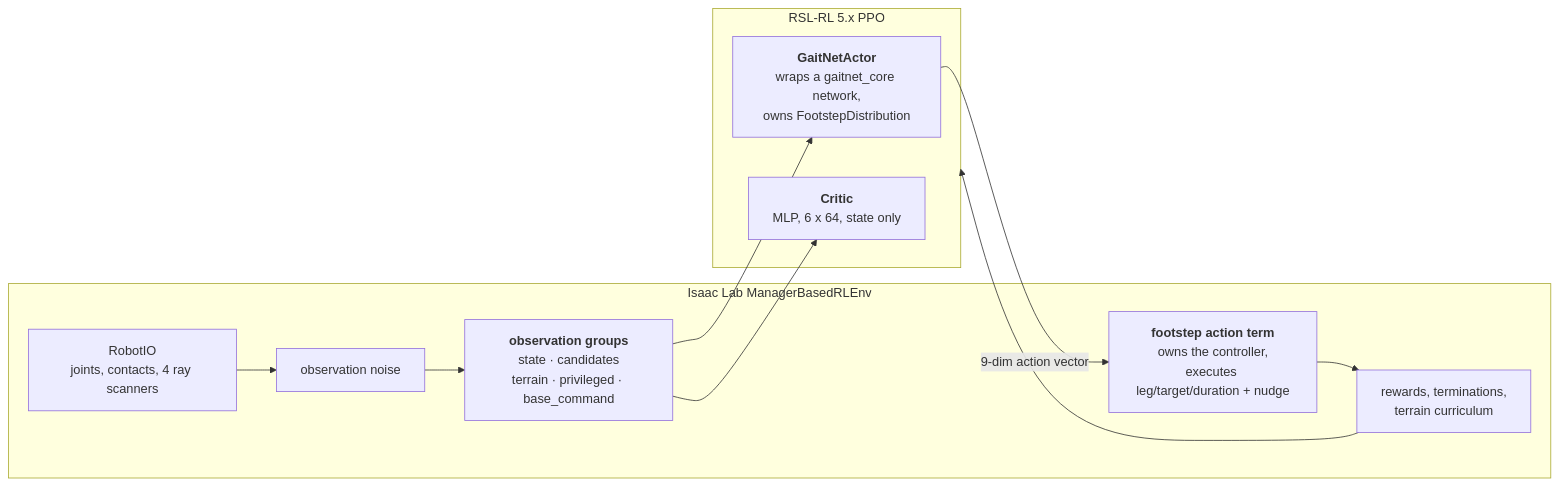
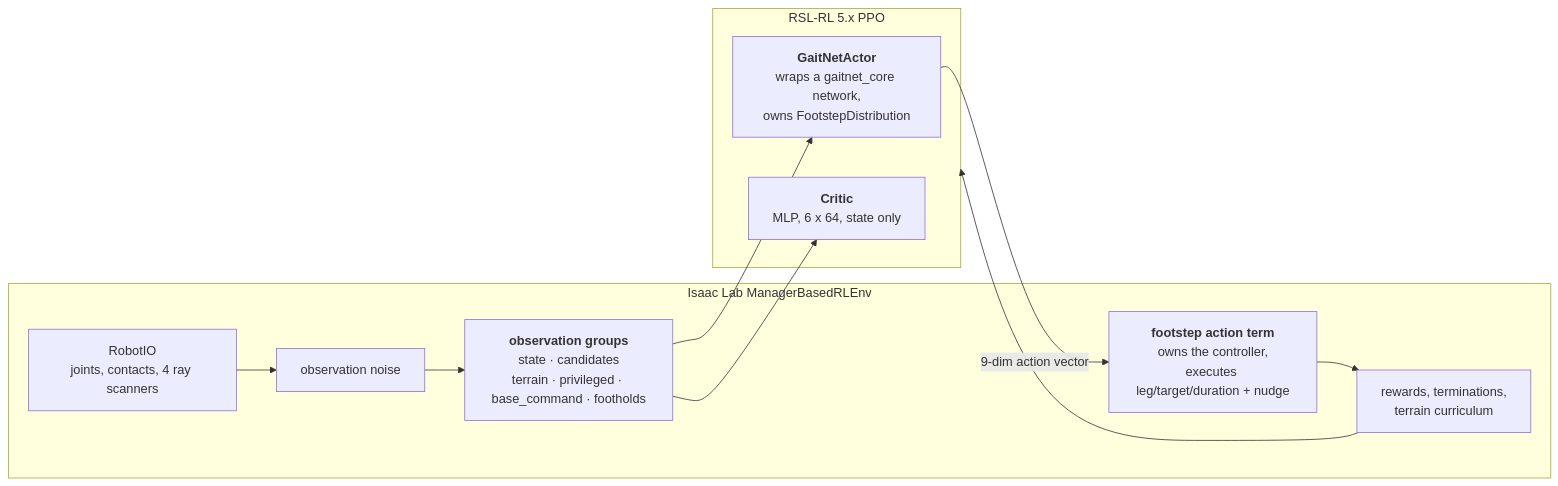
Before and after one commit to opsullivan85/gaitnet: the third of 5 diagrams in ARCHITECTURE.md, drawn with Mermaid. The commit also changed other lines of this file and 9 other files, not shown here.

````diff
--- a/ARCHITECTURE.md
+++ b/ARCHITECTURE.md
@@ -152,22 +152,22 @@
 ```mermaid
 flowchart LR
     subgraph env["Isaac Lab ManagerBasedRLEnv"]
         io["RobotIO<br/>joints, contacts, 4 ray scanners"]
         noise["observation noise"]
-        og["<b>observation groups</b><br/>state · candidates<br/>terrain · privileged · base_command"]
+        og["<b>observation groups</b><br/>state · candidates<br/>terrain · privileged · base_command · footholds"]
         act["<b>footstep action term</b><br/>owns the controller,<br/>executes leg/target/duration + nudge"]
         rew["rewards, terminations,<br/>terrain curriculum"]
     end
 
     subgraph rl["RSL-RL 5.x PPO"]
         actor["<b>GaitNetActor</b><br/>wraps a gaitnet_core network,<br/>owns FootstepDistribution"]
         critic["<b>Critic</b><br/>MLP, 6 x 64, state only"]
     end
 
     io --> noise --> og
     og --> actor
     og --> critic
     actor -->|"9-dim action vector"| act
     act --> rew
     rew --> rl
 ```
````
